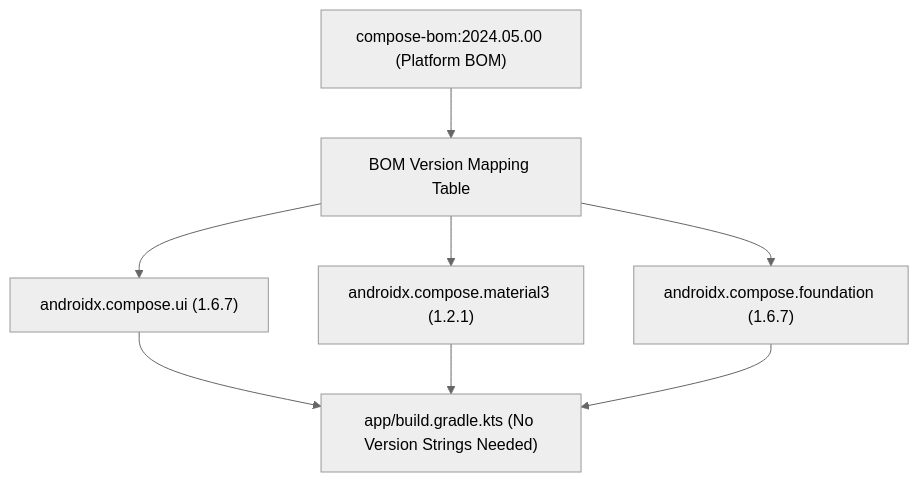
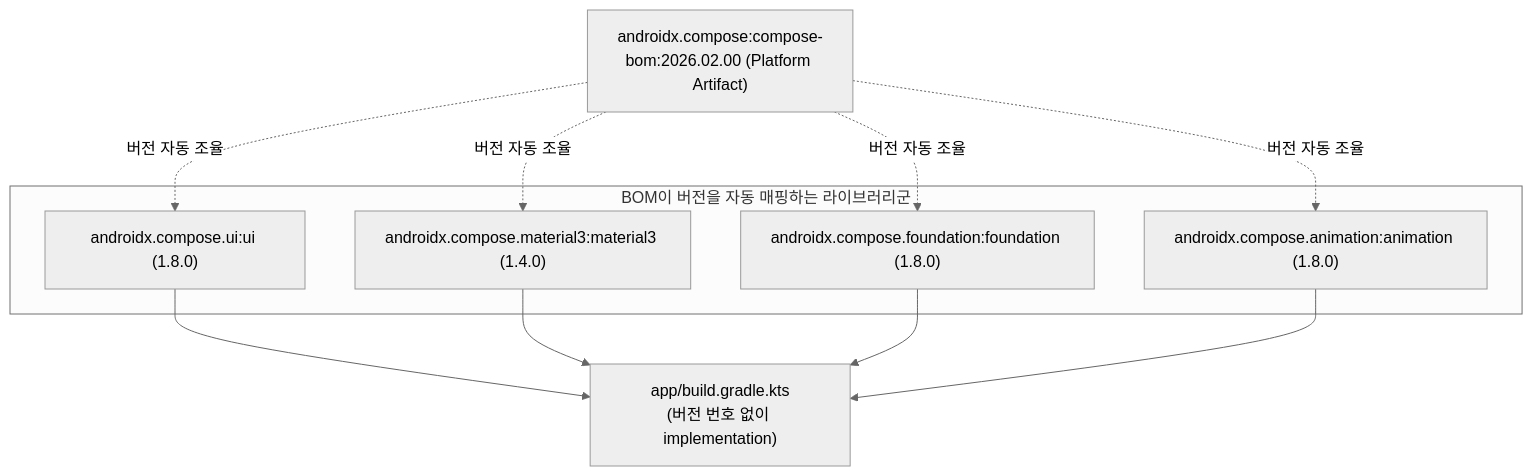
One commit to youngmin-gwon/what-i-studied changed the diagram in 01_inbox/mobile/android/03_packaging_deployment/build/gradle/compose-bom-versioning.md. Above: the diagram before and after it, drawn with Mermaid (neutral theme). The commit also changed other lines of this file and 10 other files, not shown here.

````diff
--- a/01_inbox/mobile/android/03_packaging_deployment/build/gradle/compose-bom-versioning.md
+++ b/01_inbox/mobile/android/03_packaging_deployment/build/gradle/compose-bom-versioning.md
@@ -28,8 +17,14 @@
 ```mermaid
 flowchart TD
-    BOM["compose-bom:2024.05.00 (Platform BOM)"] --> Resolves["BOM Version Mapping Table"]
-    Resolves --> UI["androidx.compose.ui (1.6.7)"]
-    Resolves --> M3["androidx.compose.material3 (1.2.1)"]
-    Resolves --> Found["androidx.compose.foundation (1.6.7)"]
-    UI & M3 & Found --> App["app/build.gradle.kts (No Version Strings Needed)"]
+    BOM["androidx.compose:compose-bom:2026.02.00 (Platform Artifact)"]
+    
+    subgraph ManagedLibs ["BOM이 버전을 자동 매핑하는 라이브러리군"]
+        UI["androidx.compose.ui:ui (1.8.0)"]
+        M3["androidx.compose.material3:material3 (1.4.0)"]
+        Found["androidx.compose.foundation:foundation (1.8.0)"]
+        Anim["androidx.compose.animation:animation (1.8.0)"]
+    end
+    
+    BOM -.->|"버전 자동 조율"| UI & M3 & Found & Anim
+    UI & M3 & Found & Anim --> AppBuild["app/build.gradle.kts<br/>(버전 번호 없이 implementation)"]
 ```
````
